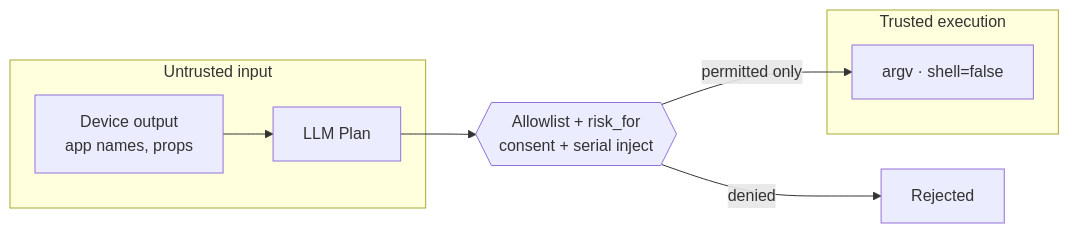
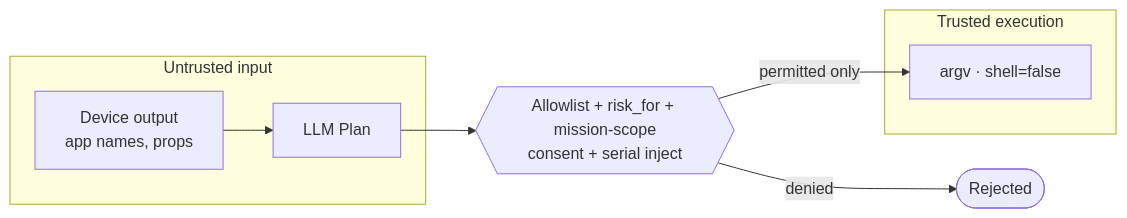
One commit to andreshma/android-agent changed the fourth of 4 diagrams in docs/DIAGRAMS.md. Above: the diagram before and after it, drawn with Mermaid. The commit also changed other lines of this file and 2 other files, not shown here.

First line of the commit message:
docs: convert all diagrams to Mermaid and make them consistent

````diff
--- a/docs/DIAGRAMS.md
+++ b/docs/DIAGRAMS.md
@@ -90,15 +90,15 @@
 ```mermaid
 flowchart LR
-    subgraph untrusted_in[Untrusted input]
-        devdata[Device output<br/>app names, props]
-        plan[LLM Plan]
+    subgraph untrusted_in["Untrusted input"]
+        devdata["Device output<br/>app names, props"]
+        plan["LLM Plan"]
     end
-    boundary{{Allowlist + risk_for<br/>consent + serial inject}}
-    subgraph trusted[Trusted execution]
-        exec[argv · shell=false]
+    boundary{{"Allowlist + risk_for + mission-scope<br/>consent + serial inject"}}
+    subgraph trusted["Trusted execution"]
+        exec["argv · shell=false"]
     end
     devdata --> plan
     plan --> boundary
-    boundary -- permitted only --> exec
-    boundary -- denied --> reject[Rejected]
+    boundary -- "permitted only" --> exec
+    boundary -- "denied" --> reject(["Rejected"])
 ```
````
